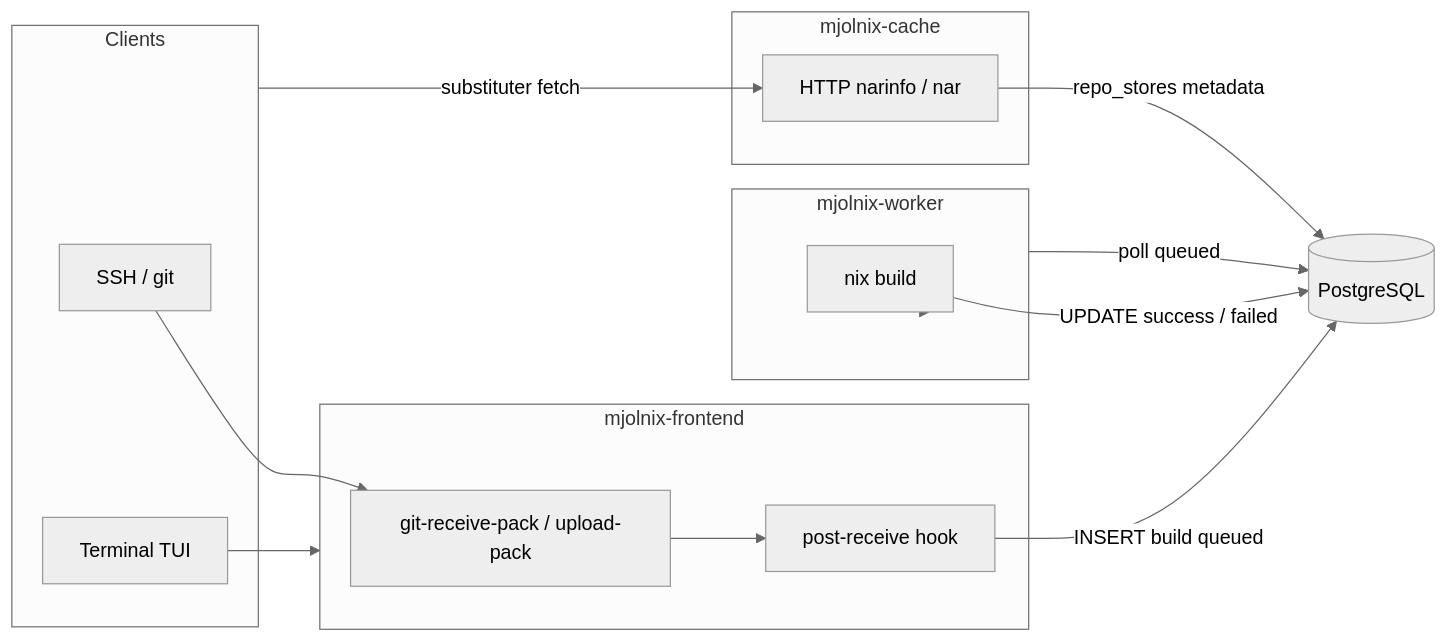
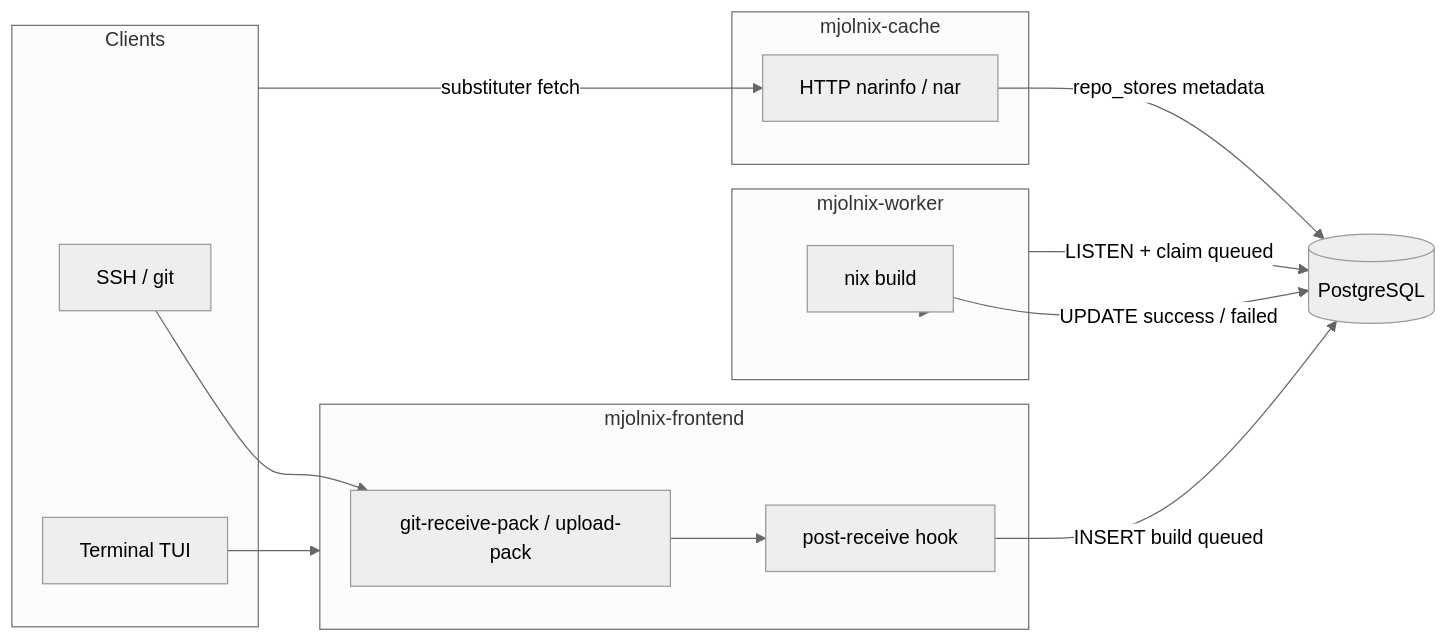
The diagram in README.md (Dirli-V/mjolnix), drawn with Mermaid (neutral theme) before and after one commit. The commit also changed other lines of this file and 4 other files, not shown here.

````diff
--- a/README.md
+++ b/README.md
@@ -116,27 +116,27 @@
 ```mermaid
 flowchart LR
   subgraph clients [Clients]
     SSH[SSH / git]
     TUI[Terminal TUI]
   end
   subgraph frontend [mjolnix-frontend]
     Git[git-receive-pack / upload-pack]
     Hook[post-receive hook]
   end
   DB[(PostgreSQL)]
   subgraph worker [mjolnix-worker]
     Build[nix build]
   end
   subgraph cache [mjolnix-cache]
     HTTP[HTTP narinfo / nar]
   end
   SSH --> Git
   TUI --> frontend
   Git --> Hook
   Hook -->|INSERT build queued| DB
-  worker -->|poll queued| DB
+  worker -->|LISTEN + claim queued| DB
   worker --> Build
   Build -->|UPDATE success / failed| DB
   HTTP -->|repo_stores metadata| DB
   clients -->|substituter fetch| HTTP
 ```
````
